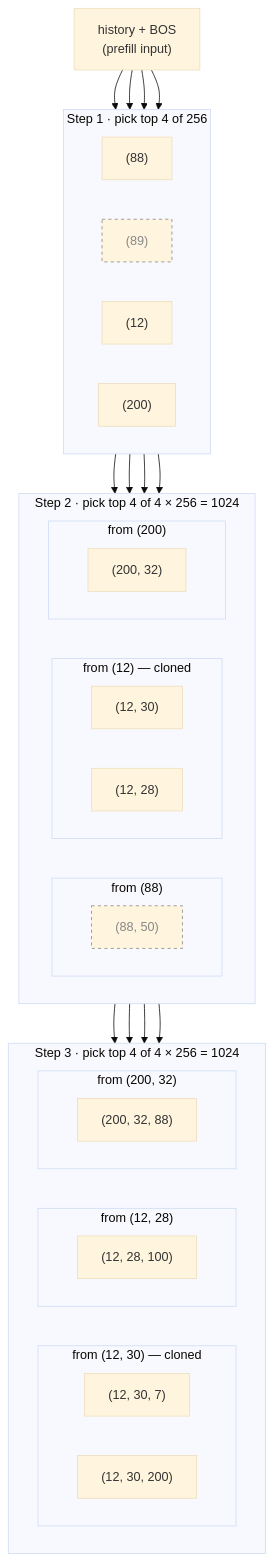
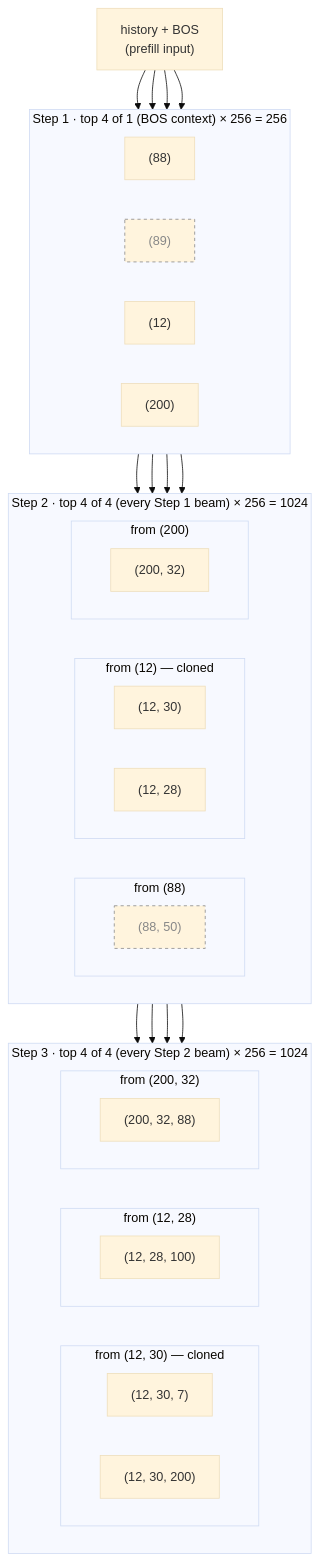
One commit to z52527/recsys-examples changed the first of 3 diagrams in examples/sid_gr/README.md. Above: the diagram before and after it, drawn with Mermaid (base theme). The commit also changed other lines of this file, not shown here.

Commit message:
docs(sid_gr): make beam expansion math source explicit in step titles
Annotate each step's top-K denominator with where the multiplier comes
from: "1 (BOS context)" for Step 1, "4 (every Step 1 beam) × 256" for
Step 2, etc. Caption explicitly notes that dashed beams are still
expanded — pruning happens only at the next step's top-K, not at the
current step's forward pass.

````diff
--- a/examples/sid_gr/README.md
+++ b/examples/sid_gr/README.md
@@ -88,63 +88,63 @@
 ```mermaid
 graph TD
     BOS["history + BOS<br/>(prefill input)"]
 
-    subgraph step1["Step 1 · pick top 4 of 256"]
+    subgraph step1["Step 1 · top 4 of 1 (BOS context) × 256 = 256"]
         direction LR
         S88["(88)"]
         S89["(89)"]:::pruned
         S12["(12)"]
         S200["(200)"]
     end
 
-    subgraph step2["Step 2 · pick top 4 of 4 × 256 = 1024"]
+    subgraph step2["Step 2 · top 4 of 4 (every Step 1 beam) × 256 = 1024"]
         direction LR
         subgraph p88["from (88)"]
             direction LR
             S88_50["(88, 50)"]:::pruned
         end
         subgraph p12["from (12) — cloned"]
             direction LR
             S12_30["(12, 30)"]
             S12_28["(12, 28)"]
         end
         subgraph p200["from (200)"]
             direction LR
             S200_32["(200, 32)"]
         end
     end
 
-    subgraph step3["Step 3 · pick top 4 of 4 × 256 = 1024"]
+    subgraph step3["Step 3 · top 4 of 4 (every Step 2 beam) × 256 = 1024"]
         direction LR
         subgraph p1230["from (12, 30) — cloned"]
             direction LR
             S12_30_7["(12, 30, 7)"]
             S12_30_200["(12, 30, 200)"]
         end
         subgraph p1228["from (12, 28)"]
             direction LR
             S12_28_100["(12, 28, 100)"]
         end
         subgraph p20032["from (200, 32)"]
             direction LR
             S200_32_88["(200, 32, 88)"]
         end
     end
 
     BOS --> S88
     BOS --> S89
     BOS --> S12
     BOS --> S200
 
     S88 --> S88_50
     S12 --> S12_30
     S12 --> S12_28
     S200 --> S200_32
 
     S12_30 --> S12_30_7
     S12_30 --> S12_30_200
     S12_28 --> S12_28_100
     S200_32 --> S200_32_88
 
     classDef pruned stroke:#888,stroke-dasharray:4 4,color:#888;
 ```
````
